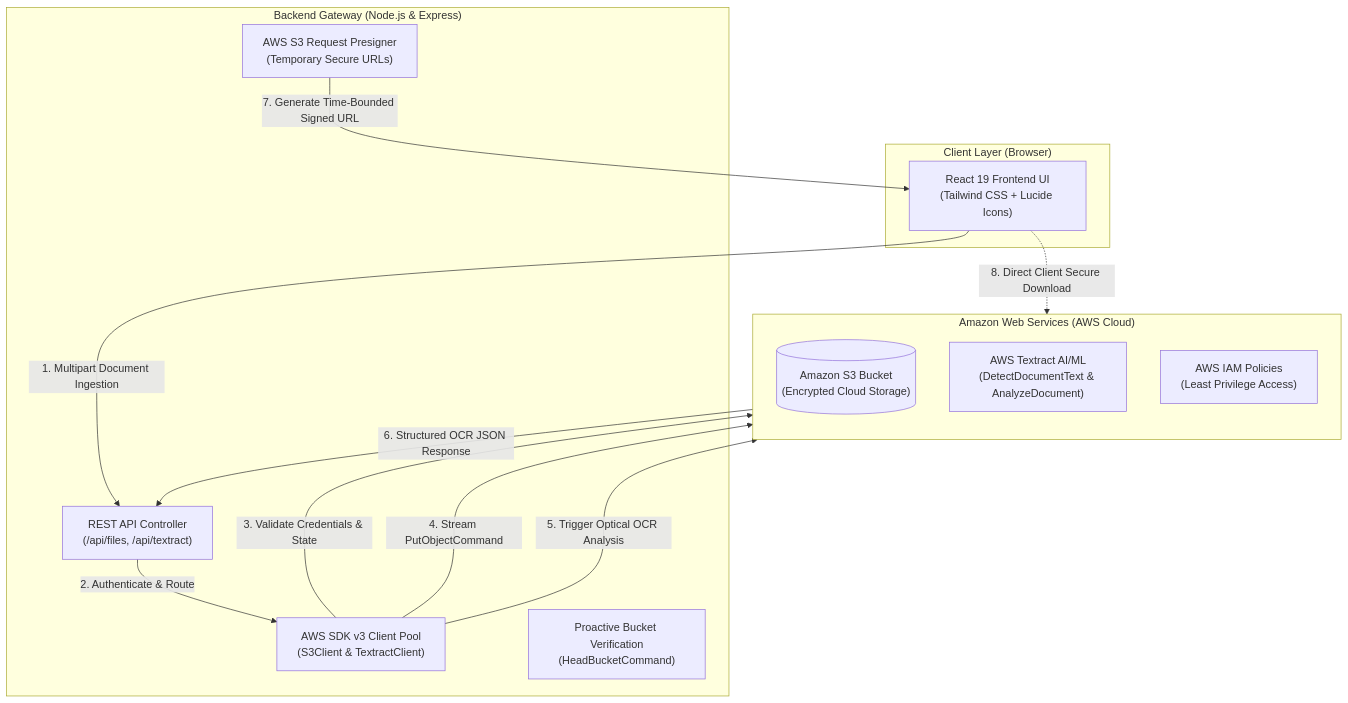
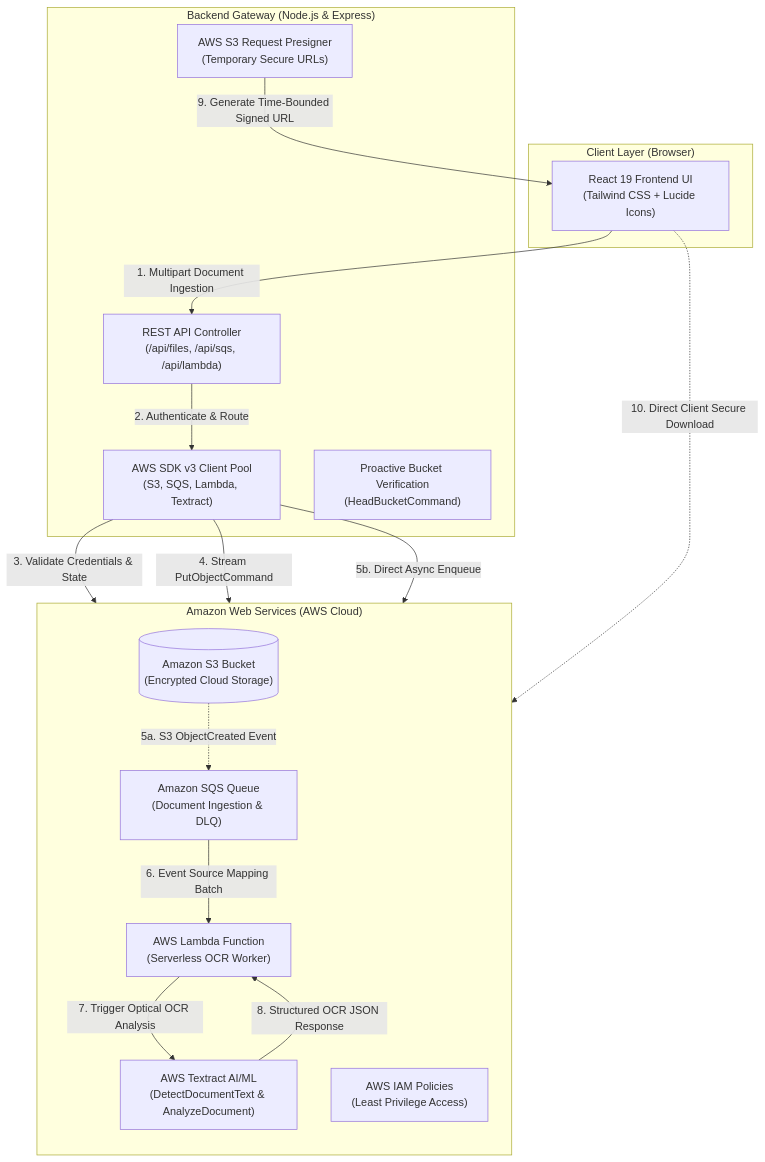
The diagram in README.md (Raji-codes/ArchiveX-Vault), drawn with Mermaid before and after one commit. The commit also changed other lines of this file and 11 other files, not shown here.

First line of the commit message:
feat: add SQS and Lambda AWS service integration

````diff
--- a/README.md
+++ b/README.md
@@ -38,29 +42,34 @@
 ```mermaid
 flowchart TD
     subgraph Client ["Client Layer (Browser)"]
         UI["React 19 Frontend UI<br/>(Tailwind CSS + Lucide Icons)"]
     end
 
     subgraph Server ["Backend Gateway (Node.js & Express)"]
-        API["REST API Controller<br/>(/api/files, /api/textract)"]
-        SDK["AWS SDK v3 Client Pool<br/>(S3Client & TextractClient)"]
+        API["REST API Controller<br/>(/api/files, /api/sqs, /api/lambda)"]
+        SDK["AWS SDK v3 Client Pool<br/>(S3, SQS, Lambda, Textract)"]
         Presigner["AWS S3 Request Presigner<br/>(Temporary Secure URLs)"]
         HealthCheck["Proactive Bucket Verification<br/>(HeadBucketCommand)"]
     end
 
     subgraph AWS ["Amazon Web Services (AWS Cloud)"]
         direction TB
         S3[("Amazon S3 Bucket<br/>(Encrypted Cloud Storage)")]
+        SQS["Amazon SQS Queue<br/>(Document Ingestion & DLQ)"]
+        Lambda["AWS Lambda Function<br/>(Serverless OCR Worker)"]
         Textract["AWS Textract AI/ML<br/>(DetectDocumentText & AnalyzeDocument)"]
         IAM["AWS IAM Policies<br/>(Least Privilege Access)"]
     end
 
     UI -->|"1. Multipart Document Ingestion"| API
     API -->|"2. Authenticate & Route"| SDK
     SDK -->|"3. Validate Credentials & State"| IAM
     SDK -->|"4. Stream PutObjectCommand"| S3
-    SDK -->|"5. Trigger Optical OCR Analysis"| Textract
-    Textract -->|"6. Structured OCR JSON Response"| API
-    Presigner -->|"7. Generate Time-Bounded Signed URL"| UI
-    UI -.->|"8. Direct Client Secure Download"| S3
+    S3 -.->|"5a. S3 ObjectCreated Event"| SQS
+    SDK -->|"5b. Direct Async Enqueue"| SQS
+    SQS -->|"6. Event Source Mapping Batch"| Lambda
+    Lambda -->|"7. Trigger Optical OCR Analysis"| Textract
+    Textract -->|"8. Structured OCR JSON Response"| Lambda
+    Presigner -->|"9. Generate Time-Bounded Signed URL"| UI
+    UI -.->|"10. Direct Client Secure Download"| S3
 ```
````
